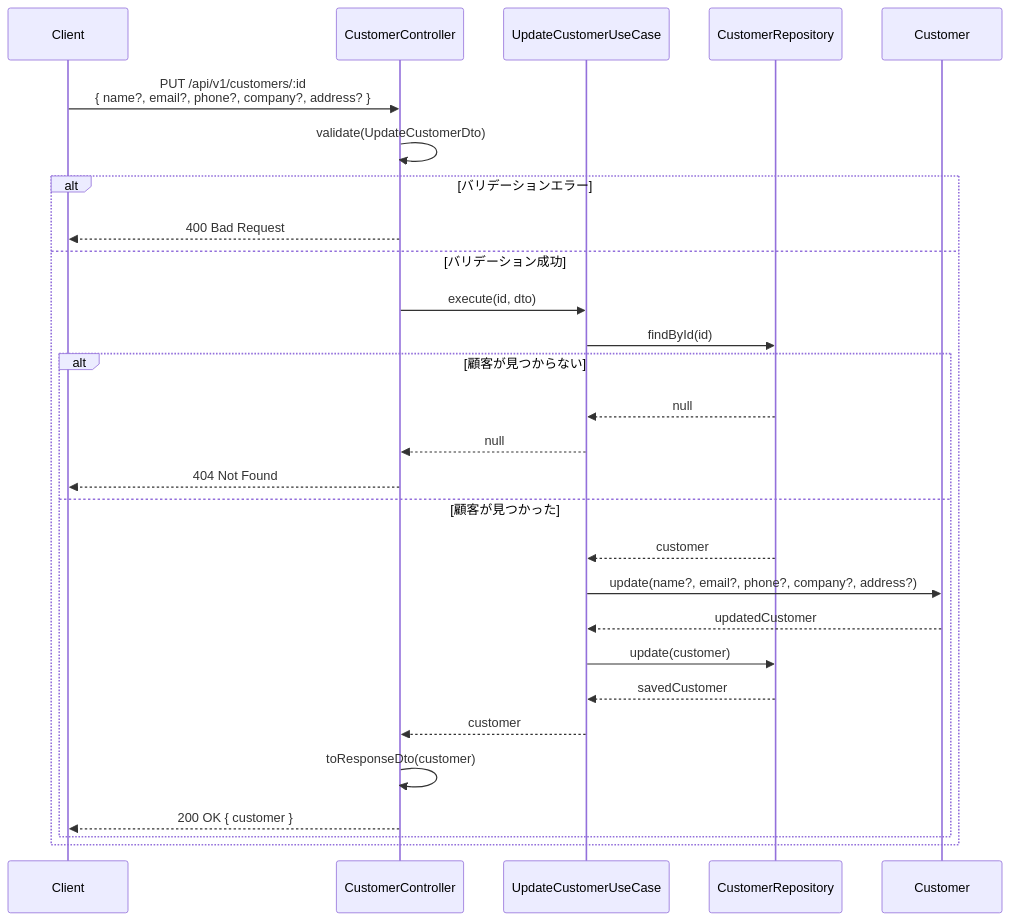
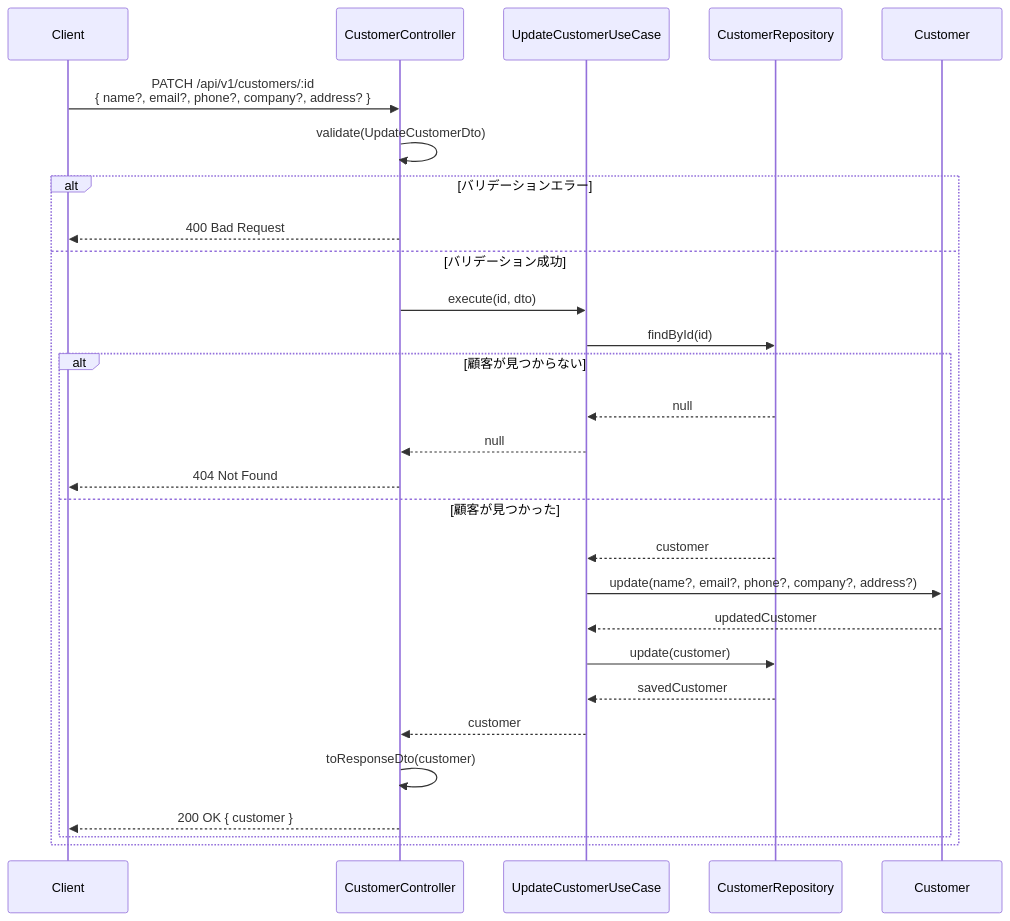
Before and after one commit to kencom2400/MrWebDefence-Console: the second of 6 diagrams in docs/detailed-design/MWD-34_customer-management/sequence-diagrams.md, drawn with Mermaid. The commit also changed 3 other files, not shown here.

````diff
--- a/docs/detailed-design/MWD-34_customer-management/sequence-diagrams.md
+++ b/docs/detailed-design/MWD-34_customer-management/sequence-diagrams.md
@@ -35,37 +35,37 @@
 ```mermaid
 sequenceDiagram
     participant Client
     participant CustomerController
     participant UpdateCustomerUseCase
     participant CustomerRepository
     participant Customer
 
-    Client->>CustomerController: PUT /api/v1/customers/:id<br/>{ name?, email?, phone?, company?, address? }
+    Client->>CustomerController: PATCH /api/v1/customers/:id<br/>{ name?, email?, phone?, company?, address? }
     CustomerController->>CustomerController: validate(UpdateCustomerDto)
     
     alt バリデーションエラー
         CustomerController-->>Client: 400 Bad Request
     else バリデーション成功
         CustomerController->>UpdateCustomerUseCase: execute(id, dto)
         
         UpdateCustomerUseCase->>CustomerRepository: findById(id)
         
         alt 顧客が見つからない
             CustomerRepository-->>UpdateCustomerUseCase: null
             UpdateCustomerUseCase-->>CustomerController: null
             CustomerController-->>Client: 404 Not Found
         else 顧客が見つかった
             CustomerRepository-->>UpdateCustomerUseCase: customer
             
             UpdateCustomerUseCase->>Customer: update(name?, email?, phone?, company?, address?)
             Customer-->>UpdateCustomerUseCase: updatedCustomer
             
             UpdateCustomerUseCase->>CustomerRepository: update(customer)
             CustomerRepository-->>UpdateCustomerUseCase: savedCustomer
             
             UpdateCustomerUseCase-->>CustomerController: customer
             CustomerController->>CustomerController: toResponseDto(customer)
             CustomerController-->>Client: 200 OK { customer }
         end
     end
 ```
````
